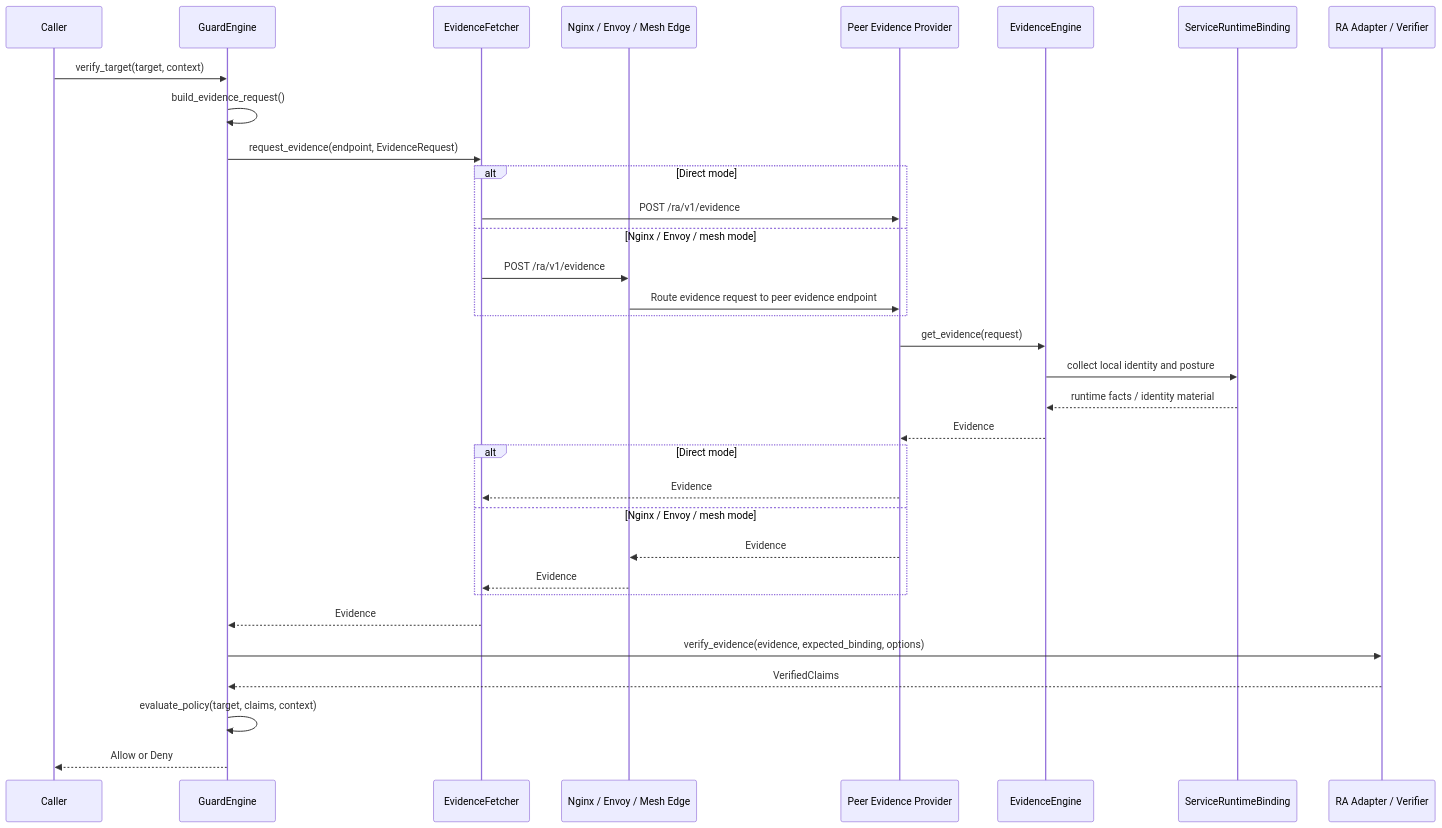
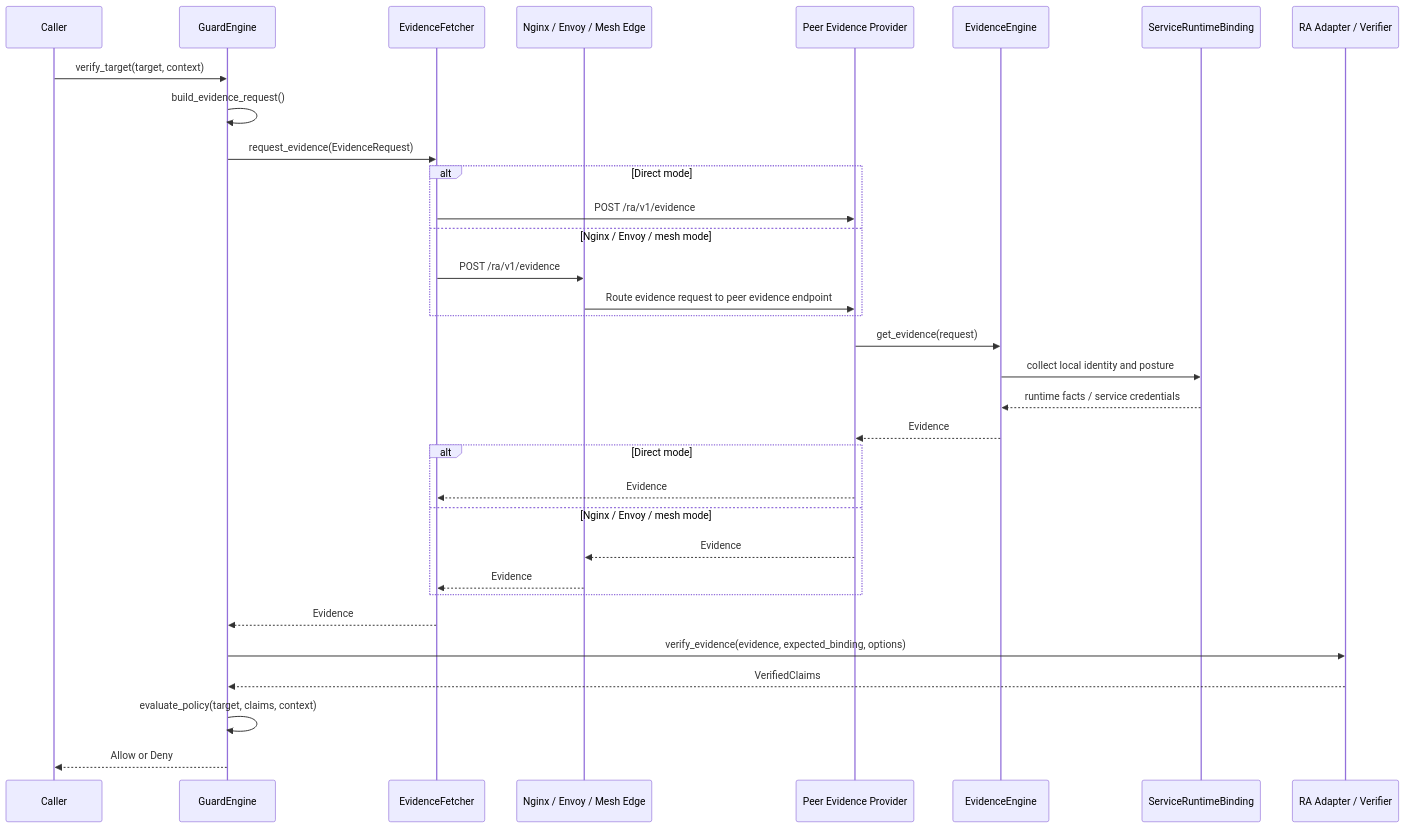
The diagram in cczoo/agent-cc/core/argus/docs/api.md (intel/confidential-computing-zoo), drawn with Mermaid before and after one commit. The commit also changed other lines of this file and 1 other file, not shown here.

````diff
--- a/cczoo/agent-cc/core/argus/docs/api.md
+++ b/cczoo/agent-cc/core/argus/docs/api.md
@@ -150,36 +147,36 @@
 ```mermaid
 sequenceDiagram
   participant C as Caller
   participant G as GuardEngine
   participant F as EvidenceFetcher
   participant M as Nginx / Envoy / Mesh Edge
   participant P as Peer Evidence Provider
   participant E as EvidenceEngine
   participant R as ServiceRuntimeBinding
   participant V as RA Adapter / Verifier
 
   C->>G: verify_target(target, context)
   G->>G: build_evidence_request()
-  G->>F: request_evidence(endpoint, EvidenceRequest)
+  G->>F: request_evidence(EvidenceRequest)
   alt Direct mode
     F->>P: POST /ra/v1/evidence
   else Nginx / Envoy / mesh mode
     F->>M: POST /ra/v1/evidence
     M->>P: Route evidence request to peer evidence endpoint
   end
   P->>E: get_evidence(request)
   E->>R: collect local identity and posture
-  R-->>E: runtime facts / identity material
+  R-->>E: runtime facts / service credentials
   E-->>P: Evidence
   alt Direct mode
     P-->>F: Evidence
   else Nginx / Envoy / mesh mode
     P-->>M: Evidence
     M-->>F: Evidence
   end
   F-->>G: Evidence
   G->>V: verify_evidence(evidence, expected_binding, options)
   V-->>G: VerifiedClaims
   G->>G: evaluate_policy(target, claims, context)
   G-->>C: Allow or Deny
 ```
````
